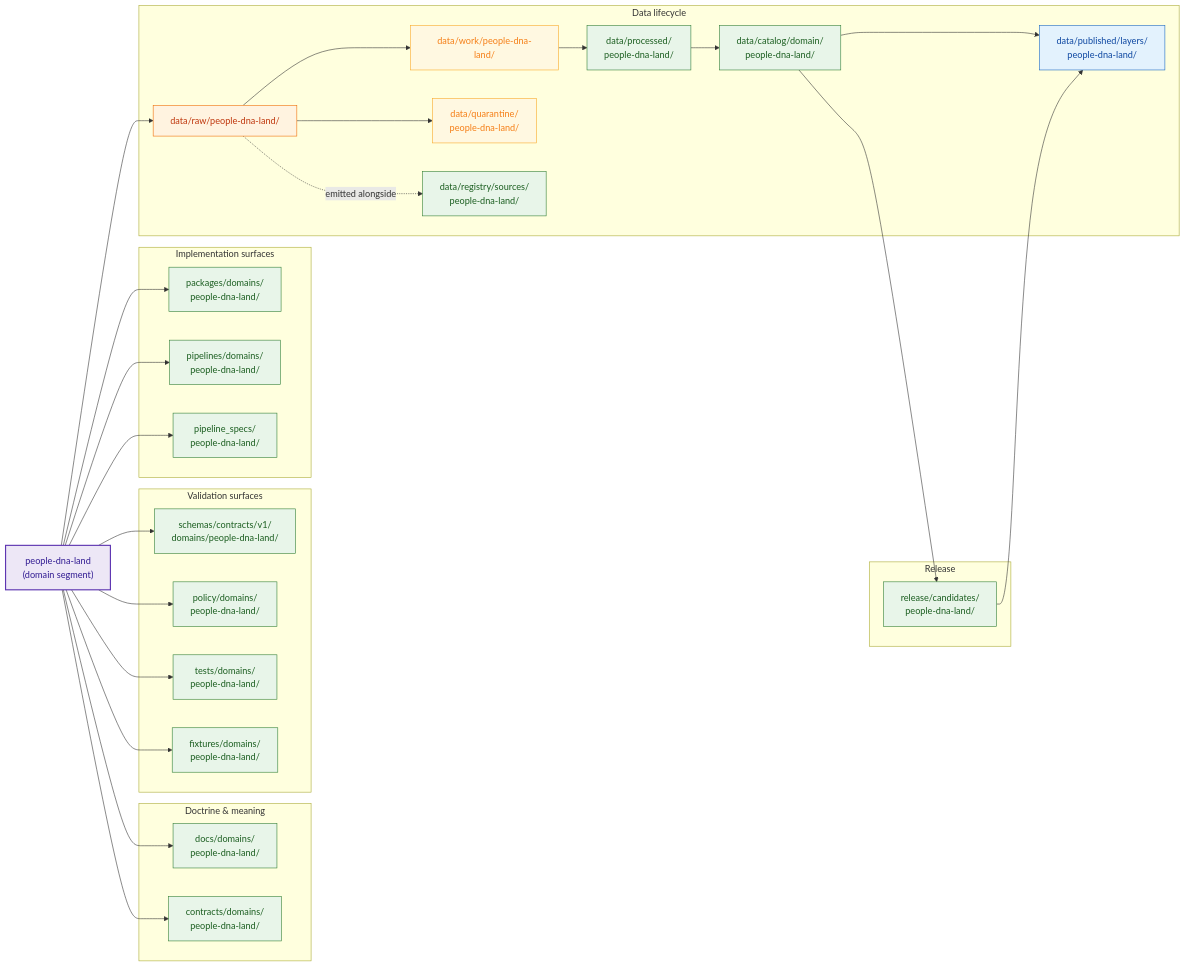
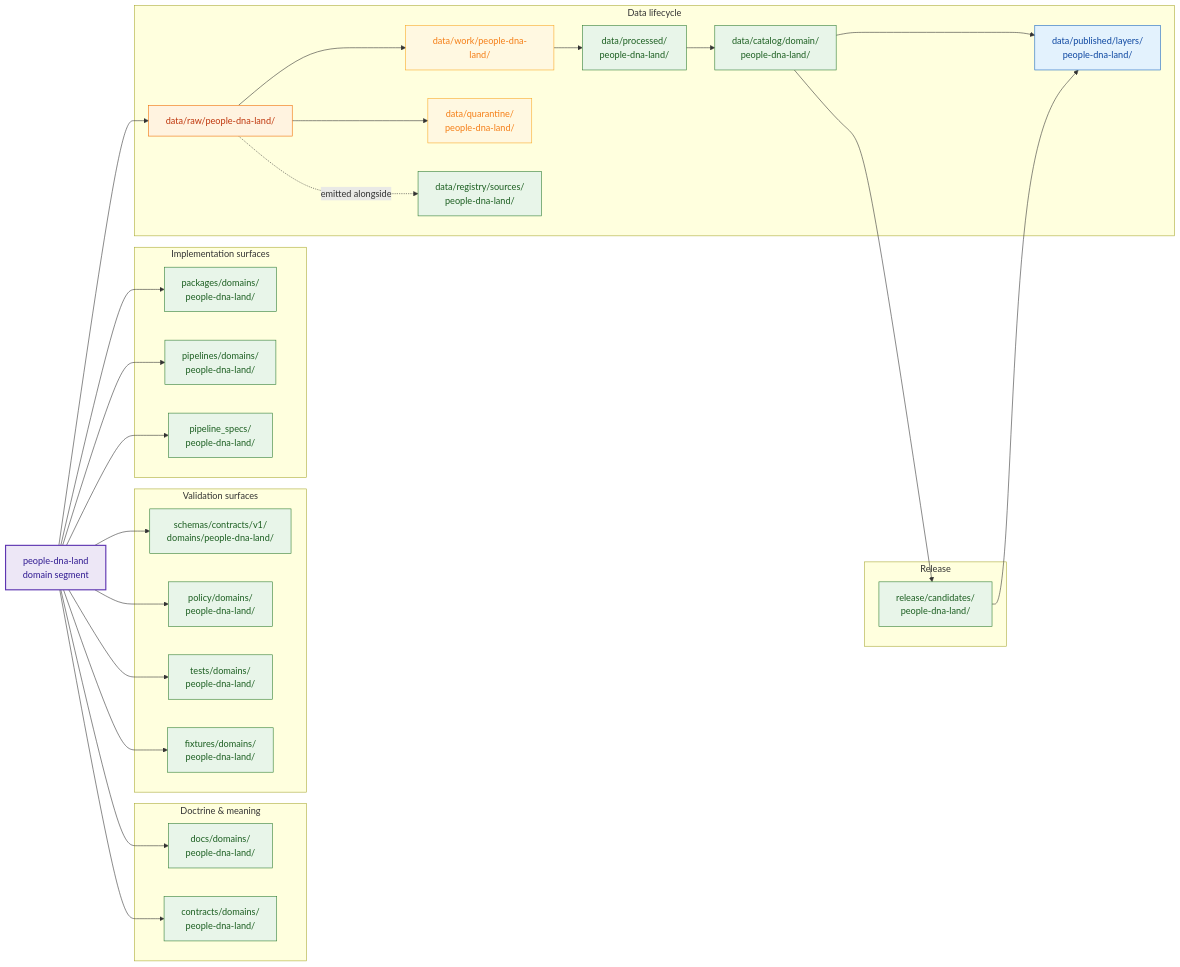
Before and after one commit to bartytime4life/Kansas-Frontier-Matrix: the diagram in docs/domains/people-dna-land/CANONICAL_PATHS.md, drawn with Mermaid. The commit also changed other lines of this file, not shown here.

````diff
--- a/docs/domains/people-dna-land/CANONICAL_PATHS.md
+++ b/docs/domains/people-dna-land/CANONICAL_PATHS.md
@@ -120,51 +133,51 @@
 ```mermaid
 flowchart LR
-  D["people-dna-land<br/>(domain segment)"]:::dom
+  D["people-dna-land<br/>domain segment"]:::dom
 
-  subgraph DOCT[Doctrine & meaning]
+  subgraph DOCT["Doctrine & meaning"]
     A1["docs/domains/<br/>people-dna-land/"]:::ok
     A2["contracts/domains/<br/>people-dna-land/"]:::ok
   end
 
-  subgraph VAL[Validation surfaces]
+  subgraph VAL["Validation surfaces"]
     B1["schemas/contracts/v1/<br/>domains/people-dna-land/"]:::ok
     B2["policy/domains/<br/>people-dna-land/"]:::ok
     B3["tests/domains/<br/>people-dna-land/"]:::ok
     B4["fixtures/domains/<br/>people-dna-land/"]:::ok
   end
 
-  subgraph IMPL[Implementation surfaces]
+  subgraph IMPL["Implementation surfaces"]
     C1["packages/domains/<br/>people-dna-land/"]:::ok
     C2["pipelines/domains/<br/>people-dna-land/"]:::ok
     C3["pipeline_specs/<br/>people-dna-land/"]:::ok
   end
 
-  subgraph DATA[Data lifecycle]
+  subgraph DATA["Data lifecycle"]
     E1["data/raw/people-dna-land/"]:::raw
     E2["data/work/people-dna-land/"]:::work
     E3["data/quarantine/<br/>people-dna-land/"]:::work
     E4["data/processed/<br/>people-dna-land/"]:::ok
     E5["data/catalog/domain/<br/>people-dna-land/"]:::ok
     E6["data/published/layers/<br/>people-dna-land/"]:::pub
     E7["data/registry/sources/<br/>people-dna-land/"]:::ok
   end
 
-  subgraph REL[Release]
+  subgraph REL["Release"]
     F1["release/candidates/<br/>people-dna-land/"]:::ok
   end
 
   D --> A1 & A2
   D --> B1 & B2 & B3 & B4
   D --> C1 & C2 & C3
   D --> E1
   E1 --> E2 --> E4 --> E5 --> E6
   E1 --> E3
   E5 --> F1 --> E6
   E1 -. emitted alongside .-> E7
 
   classDef dom fill:#ede7f6,stroke:#5e35b1,stroke-width:2px,color:#311b92
   classDef ok fill:#e8f5e9,stroke:#2e7d32,color:#1b5e20
   classDef raw fill:#fff3e0,stroke:#ef6c00,color:#bf360c
   classDef work fill:#fff8e1,stroke:#f9a825,color:#f57f17
   classDef pub fill:#e3f2fd,stroke:#1565c0,color:#0d47a1
 ```
````
